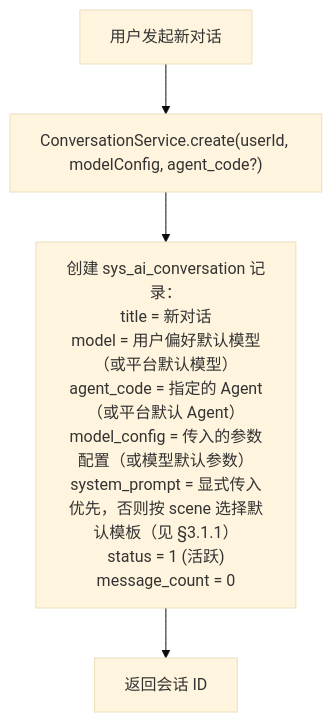
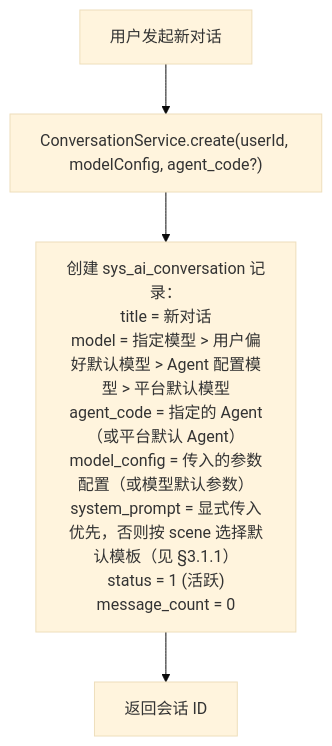
One commit to earthy-zinc/dehaze-system changed the first of 3 diagrams in dehaze-doc/docs/03-模块设计/核心模块/AI对话/会话与消息/后端实现.md. Above: the diagram before and after it, drawn with Mermaid (base theme). The commit also changed other lines of this file and 239 other files, not shown here.

````diff
--- a/dehaze-doc/docs/03-模块设计/核心模块/AI对话/会话与消息/后端实现.md
+++ b/dehaze-doc/docs/03-模块设计/核心模块/AI对话/会话与消息/后端实现.md
@@ -69,6 +69,6 @@
 ```mermaid
 flowchart TD
     A["用户发起新对话"] --> B["ConversationService.create(userId, modelConfig, agent_code?)"]
-    B --> C["创建 sys_ai_conversation 记录：<br/>title = 新对话<br/>model = 用户偏好默认模型（或平台默认模型）<br/>agent_code = 指定的 Agent（或平台默认 Agent）<br/>model_config = 传入的参数配置（或模型默认参数）<br/>system_prompt = 显式传入优先，否则按 scene 选择默认模板（见 §3.1.1）<br/>status = 1 (活跃)<br/>message_count = 0"]
+    B --> C["创建 sys_ai_conversation 记录：<br/>title = 新对话<br/>model = 指定模型 > 用户偏好默认模型 > Agent 配置模型 > 平台默认模型<br/>agent_code = 指定的 Agent（或平台默认 Agent）<br/>model_config = 传入的参数配置（或模型默认参数）<br/>system_prompt = 显式传入优先，否则按 scene 选择默认模板（见 §3.1.1）<br/>status = 1 (活跃)<br/>message_count = 0"]
     C --> D["返回会话 ID"]
 ```
````
